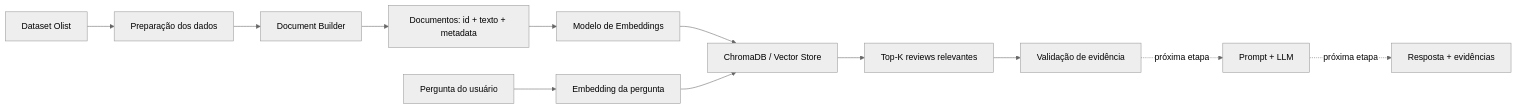
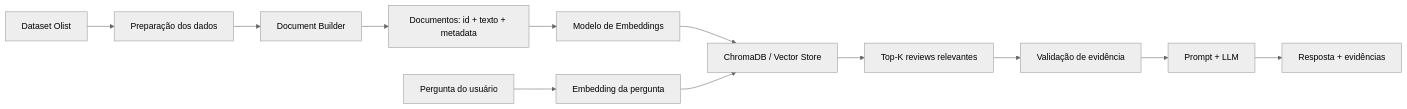
The diagram in README.md (EduardoShoiti/tech-challenge-4), drawn with Mermaid (neutral theme) before and after one commit. The commit also changed other lines of this file and 10 other files, not shown here.

Commit message:
build the generation step - prompt and llm run

````diff
--- a/README.md
+++ b/README.md
@@ -21,16 +21,16 @@
 ```mermaid
 flowchart LR
     A[Dataset Olist] --> B[Preparação dos dados]
     B --> C[Document Builder]
     C --> D[Documentos: id + texto + metadata]
     D --> E[Modelo de Embeddings]
     E --> F[ChromaDB / Vector Store]
 
     Q[Pergunta do usuário] --> G[Embedding da pergunta]
     G --> F
     F --> H[Top-K reviews relevantes]
     H --> V[Validação de evidência]
 
-    V -. próxima etapa .-> I[Prompt + LLM]
-    I -. próxima etapa .-> J[Resposta + evidências]
+    V --> I[Prompt + LLM]
+    I --> J[Resposta + evidências]
 ```
````
